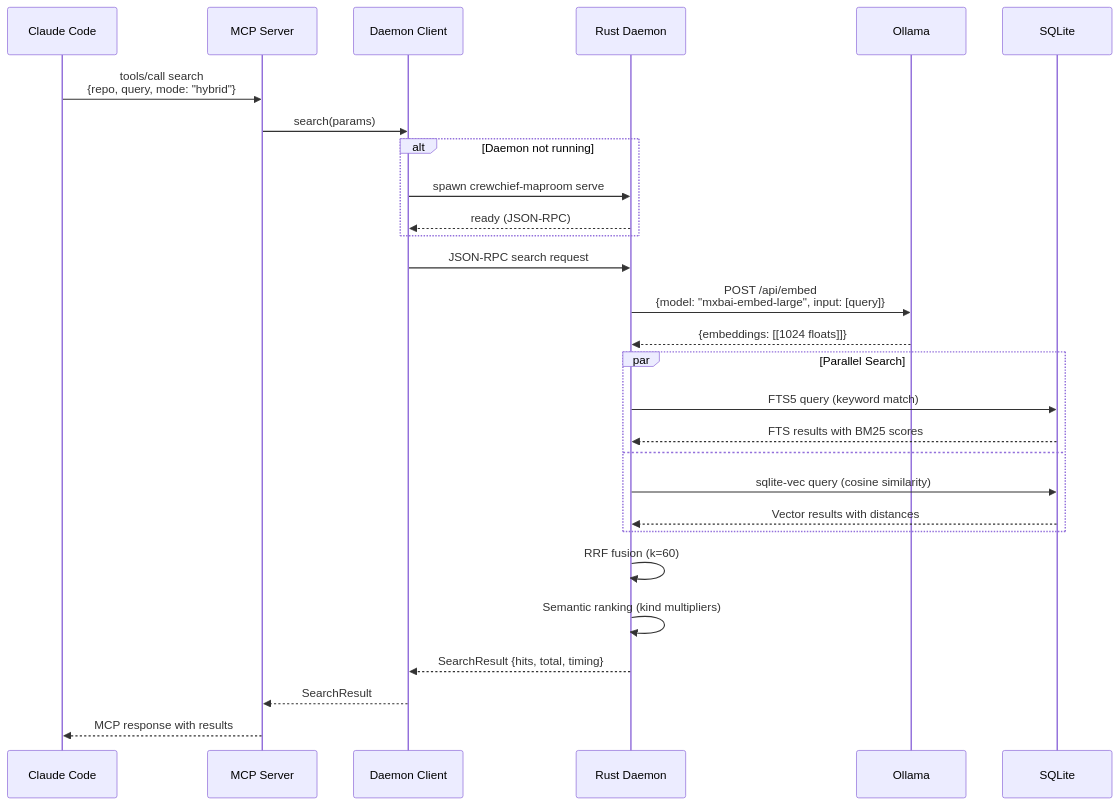
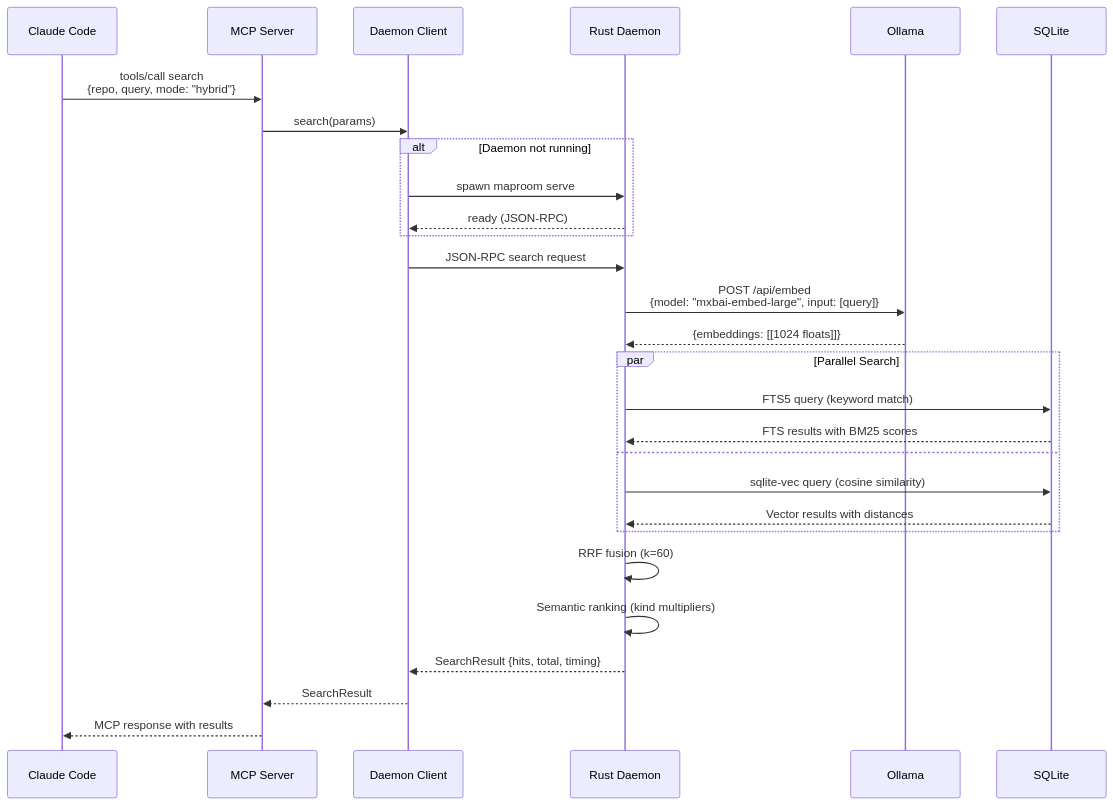
One commit to manifoldlogic/crewchief changed the first of 5 diagrams in docs/architecture/sequences.md. Above: the diagram before and after it, drawn with Mermaid. The commit also changed other lines of this file and 64 other files, not shown here.

First line of the commit message:
fix: replace all stale crewchief-maproom references with maproom

````diff
--- a/docs/architecture/sequences.md
+++ b/docs/architecture/sequences.md
@@ -7,35 +7,35 @@
 ```mermaid
 sequenceDiagram
     participant CC as Claude Code
     participant MCP as MCP Server
     participant DC as Daemon Client
     participant DM as Rust Daemon
     participant OL as Ollama
     participant DB as SQLite
 
     CC->>MCP: tools/call search<br/>{repo, query, mode: "hybrid"}
     MCP->>DC: search(params)
 
     alt Daemon not running
-        DC->>DM: spawn crewchief-maproom serve
+        DC->>DM: spawn maproom serve
         DM-->>DC: ready (JSON-RPC)
     end
 
     DC->>DM: JSON-RPC search request
     DM->>OL: POST /api/embed<br/>{model: "mxbai-embed-large", input: [query]}
     OL-->>DM: {embeddings: [[1024 floats]]}
 
     par Parallel Search
         DM->>DB: FTS5 query (keyword match)
         DB-->>DM: FTS results with BM25 scores
     and
         DM->>DB: sqlite-vec query (cosine similarity)
         DB-->>DM: Vector results with distances
     end
 
     DM->>DM: RRF fusion (k=60)
     DM->>DM: Semantic ranking (kind multipliers)
     DM-->>DC: SearchResult {hits, total, timing}
     DC-->>MCP: SearchResult
     MCP-->>CC: MCP response with results
 ```
````
